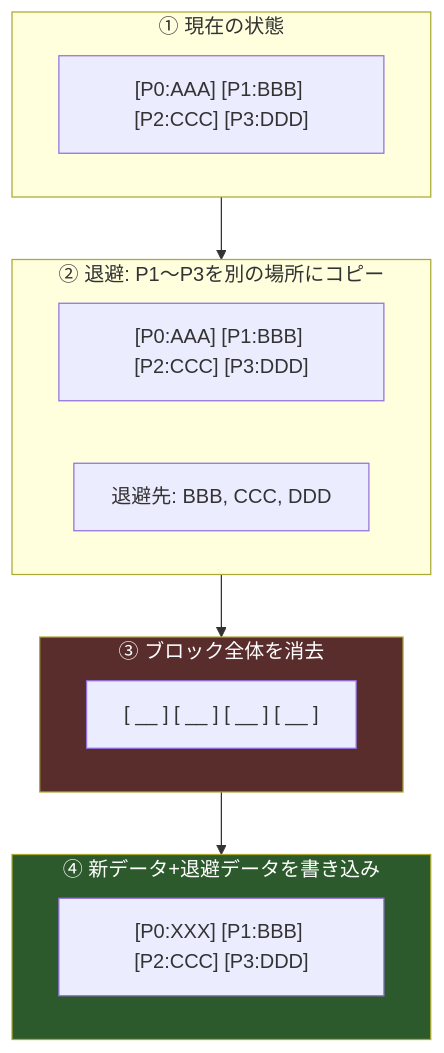
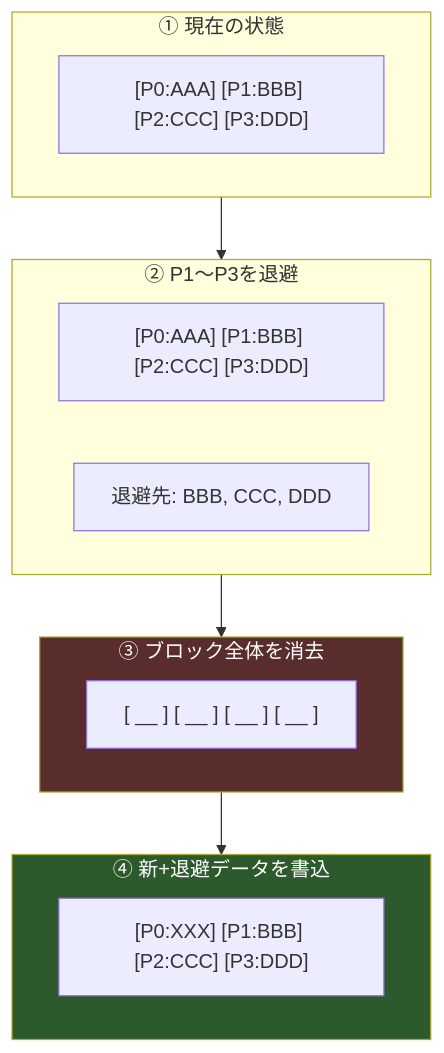
One commit to tonton-k37/study-notes changed the third of 3 diagrams in three-easy-pieces-note/44.md. Above: the diagram before and after it, drawn with Mermaid. The commit also changed other lines of this file and 33 other files, not shown here.

````diff
--- a/three-easy-pieces-note/44.md
+++ b/three-easy-pieces-note/44.md
@@ -80,24 +83,24 @@
 ```mermaid
 graph TD
     subgraph S1["① 現在の状態"]
         B1["[P0:AAA] [P1:BBB] [P2:CCC] [P3:DDD]"]
     end
 
-    subgraph S2["② 退避: P1〜P3を別の場所にコピー"]
+    subgraph S2["② P1〜P3を退避"]
         B2["[P0:AAA] [P1:BBB] [P2:CCC] [P3:DDD]"]
         BUF["退避先: BBB, CCC, DDD"]
     end
 
     subgraph S3["③ ブロック全体を消去"]
         B3["[ __ ] [ __ ] [ __ ] [ __ ]"]
     end
 
-    subgraph S4["④ 新データ+退避データを書き込み"]
+    subgraph S4["④ 新+退避データを書込"]
         B4["[P0:XXX] [P1:BBB] [P2:CCC] [P3:DDD]"]
     end
 
     S1 --> S2 --> S3 --> S4
 
     style S3 fill:#5a2d2d,color:#fff
     style S4 fill:#2d5a2d,color:#fff
 ```
````
